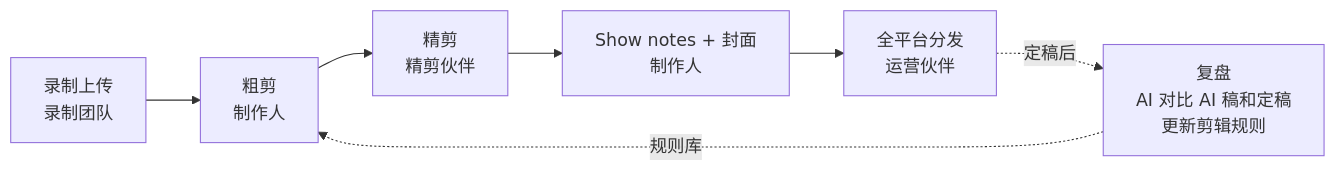
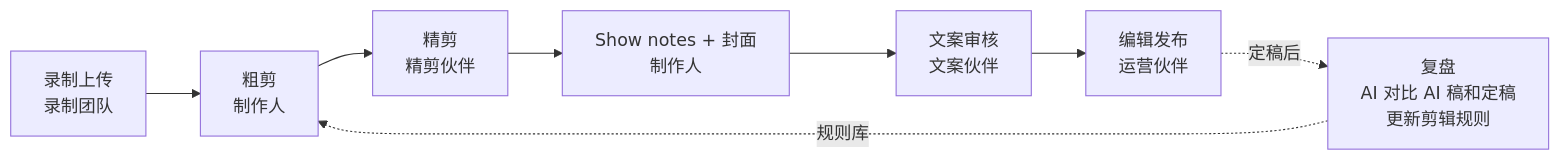
Before and after one commit to rene-wang1024/podcast-assistant: the diagram in README.zh-CN.md, drawn with Mermaid. The commit also changed other lines of this file and 8 other files, not shown here.

First line of the commit message:
新增文案伙伴角色，分发拆成「文案审核」和「编辑发布」两步

````diff
--- a/README.zh-CN.md
+++ b/README.zh-CN.md
@@ -34,9 +34,10 @@
 ```mermaid
 flowchart LR
     A[录制上传<br/>录制团队] --> B[粗剪<br/>制作人]
     B --> C[精剪<br/>精剪伙伴]
     C --> D[Show notes + 封面<br/>制作人]
-    D --> E[全平台分发<br/>运营伙伴]
+    D --> G[文案审核<br/>文案伙伴]
+    G --> E[编辑发布<br/>运营伙伴]
     E -.定稿后.-> F[复盘<br/>AI 对比 AI 稿和定稿<br/>更新剪辑规则]
     F -.规则库.-> B
 ```
````
